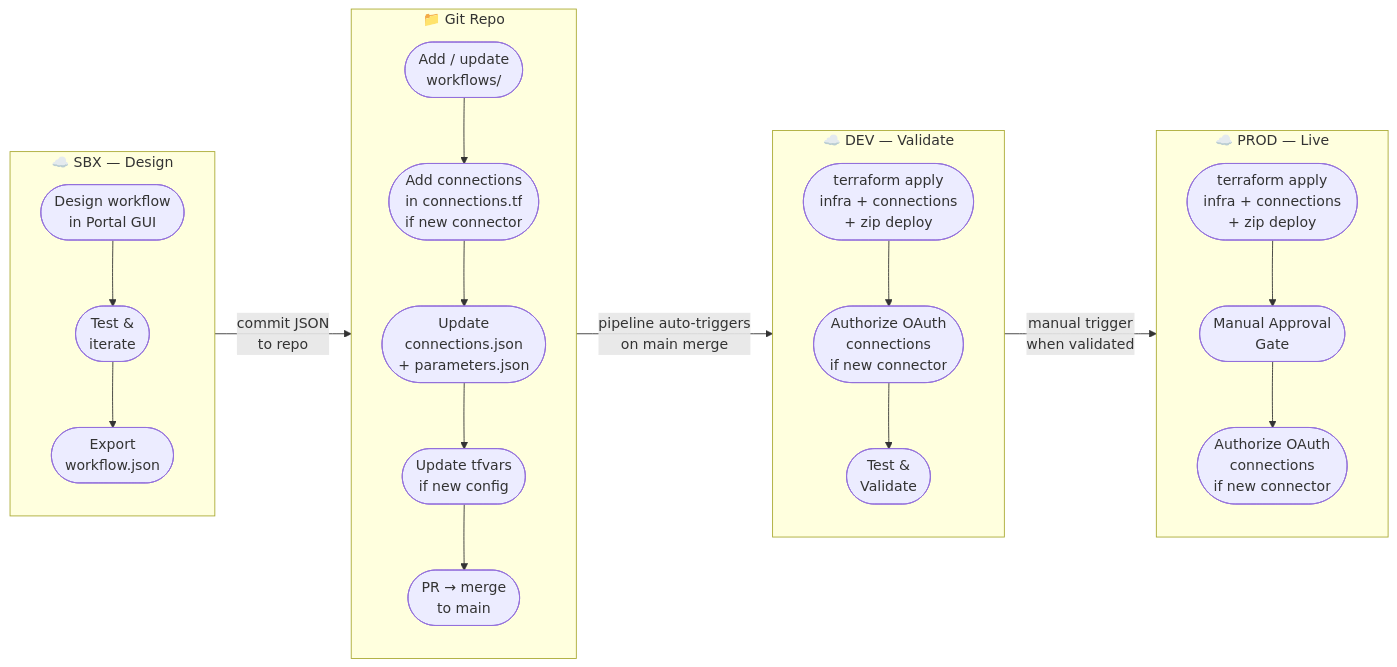
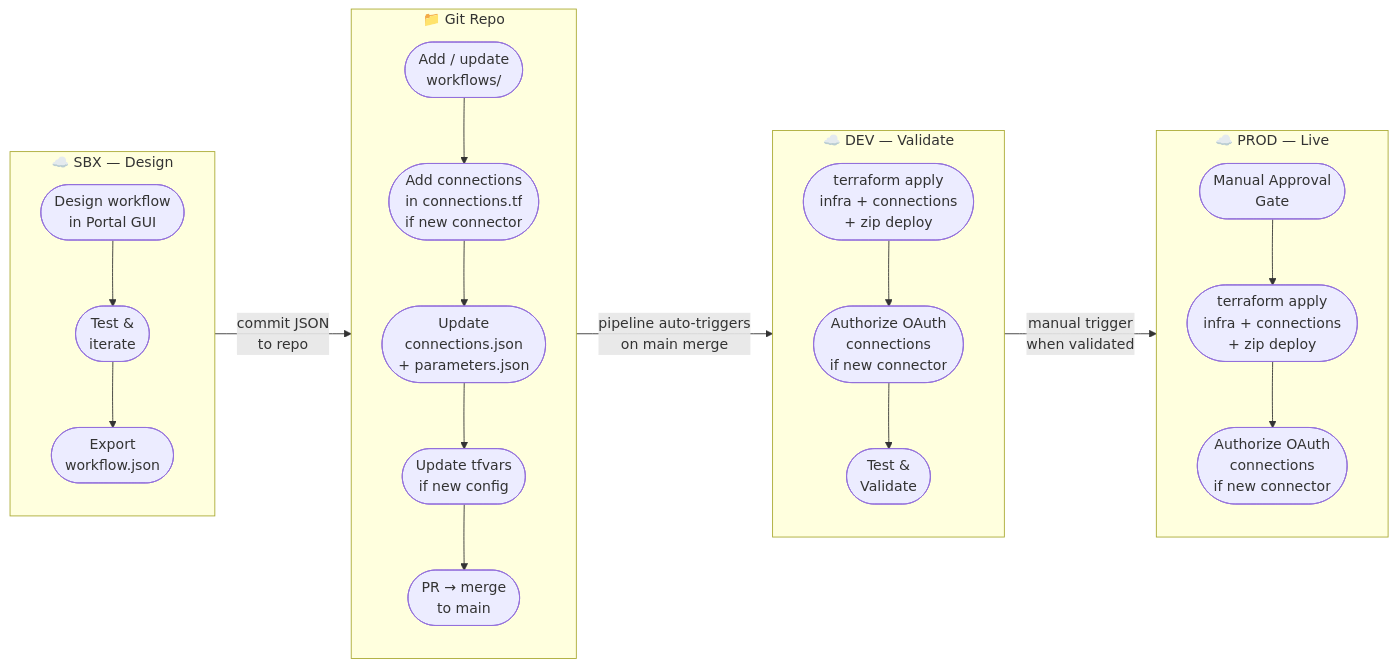
The diagram in WORKFLOW_LIFECYCLE.md (wittywhales/logicapps-cicd), drawn with Mermaid before and after one commit.

Commit message:
docs: move approval gate before terraform apply in PROD

````diff
--- a/WORKFLOW_LIFECYCLE.md
+++ b/WORKFLOW_LIFECYCLE.md
@@ -3,36 +3,36 @@
 ```mermaid
 flowchart LR
     subgraph SBX["☁️ SBX — Design"]
         s1(["Design workflow\nin Portal GUI"])
         s2(["Test &\niterate"])
         s3(["Export\nworkflow.json"])
         s1 --> s2 --> s3
     end
 
     subgraph REPO["📁 Git Repo"]
         r1(["Add / update\nworkflows/"])
         r2(["Add connections\nin connections.tf\nif new connector"])
         r3(["Update\nconnections.json\n+ parameters.json"])
         r4(["Update tfvars\nif new config"])
         r5(["PR → merge\nto main"])
         r1 --> r2 --> r3 --> r4 --> r5
     end
 
     subgraph DEV["☁️ DEV — Validate"]
         d1(["terraform apply\ninfra + connections\n+ zip deploy"])
         d2(["Authorize OAuth\nconnections\nif new connector"])
         d3(["Test &\nValidate"])
         d1 --> d2 --> d3
     end
 
     subgraph PROD["☁️ PROD — Live"]
-        p1(["terraform apply\ninfra + connections\n+ zip deploy"])
-        p2(["Manual Approval\nGate"])
+        p1(["Manual Approval\nGate"])
+        p2(["terraform apply\ninfra + connections\n+ zip deploy"])
         p3(["Authorize OAuth\nconnections\nif new connector"])
         p1 --> p2 --> p3
     end
 
     SBX -->|"commit JSON\nto repo"| REPO
     REPO -->|"pipeline auto-triggers\non main merge"| DEV
     DEV -->|"manual trigger\nwhen validated"| PROD
 ```
````
